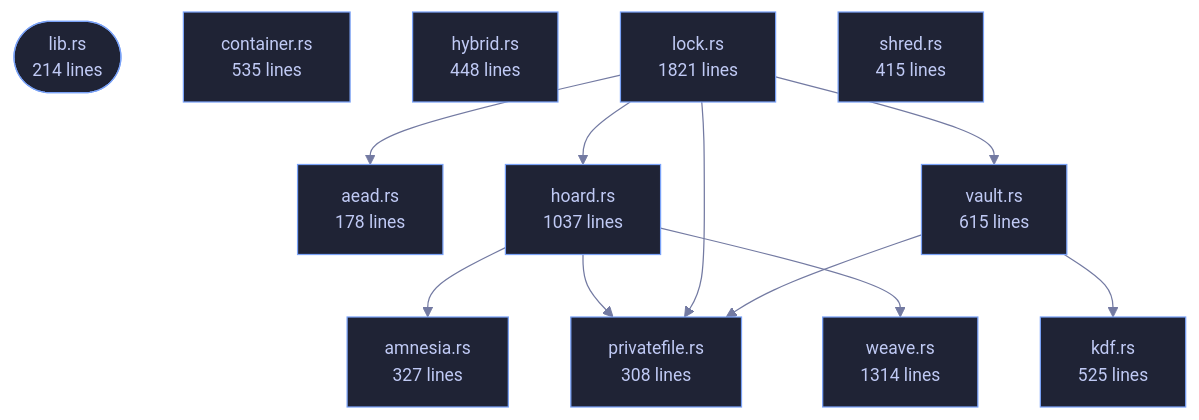
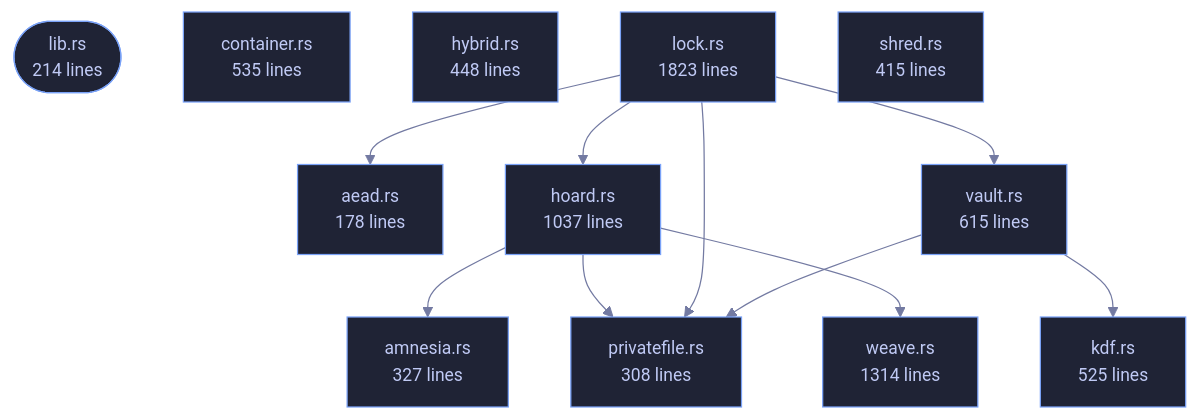
One commit to tilas01/veilvoice changed the diagram in crates/veilvoice-crypto/README.md. Above: the diagram before and after it, drawn with Mermaid. The commit also changed other lines of this file and 98 other files, not shown here.

````diff
--- a/crates/veilvoice-crypto/README.md
+++ b/crates/veilvoice-crypto/README.md
@@ -108,37 +108,37 @@
 ```mermaid
 %%{init: {"theme":"base","themeVariables":{"background":"#1a1b26","primaryColor":"#1f2335","primaryTextColor":"#c0caf5","primaryBorderColor":"#7aa2f7","secondaryColor":"#16161e","tertiaryColor":"#16161e","lineColor":"#737aa2","textColor":"#c0caf5","mainBkg":"#1f2335","nodeBorder":"#7aa2f7","clusterBkg":"#16161e","clusterBorder":"#2f3549","fontFamily":"ui-monospace, SFMono-Regular, Consolas, monospace","fontSize":"14px"}}}%%
 flowchart TD
     n_lib(["lib.rs<br/>214 lines"])
     n_aead["aead.rs<br/>178 lines"]
     n_amnesia["amnesia.rs<br/>327 lines"]
     n_container["container.rs<br/>535 lines"]
     n_hoard["hoard.rs<br/>1037 lines"]
     n_hybrid["hybrid.rs<br/>448 lines"]
     n_kdf["kdf.rs<br/>525 lines"]
-    n_lock["lock.rs<br/>1821 lines"]
+    n_lock["lock.rs<br/>1823 lines"]
     n_privatefile["privatefile.rs<br/>308 lines"]
     n_shred["shred.rs<br/>415 lines"]
     n_vault["vault.rs<br/>615 lines"]
     n_weave["weave.rs<br/>1314 lines"]
     n_hoard --> n_amnesia
     n_hoard --> n_privatefile
     n_hoard --> n_weave
     n_lock --> n_aead
     n_lock --> n_hoard
     n_lock --> n_privatefile
     n_lock --> n_vault
     n_vault --> n_kdf
     n_vault --> n_privatefile
     click n_lib href "https://github.com/tilas01/veilvoice/blob/main/crates/veilvoice-crypto/src/lib.rs" "open the source"
     click n_aead href "https://github.com/tilas01/veilvoice/blob/main/crates/veilvoice-crypto/src/aead.rs" "open the source"
     click n_amnesia href "https://github.com/tilas01/veilvoice/blob/main/crates/veilvoice-crypto/src/amnesia.rs" "open the source"
     click n_container href "https://github.com/tilas01/veilvoice/blob/main/crates/veilvoice-crypto/src/container.rs" "open the source"
     click n_hoard href "https://github.com/tilas01/veilvoice/blob/main/crates/veilvoice-crypto/src/hoard.rs" "open the source"
     click n_hybrid href "https://github.com/tilas01/veilvoice/blob/main/crates/veilvoice-crypto/src/hybrid.rs" "open the source"
     click n_kdf href "https://github.com/tilas01/veilvoice/blob/main/crates/veilvoice-crypto/src/kdf.rs" "open the source"
     click n_lock href "https://github.com/tilas01/veilvoice/blob/main/crates/veilvoice-crypto/src/lock.rs" "open the source"
     click n_privatefile href "https://github.com/tilas01/veilvoice/blob/main/crates/veilvoice-crypto/src/privatefile.rs" "open the source"
     click n_shred href "https://github.com/tilas01/veilvoice/blob/main/crates/veilvoice-crypto/src/shred.rs" "open the source"
     click n_vault href "https://github.com/tilas01/veilvoice/blob/main/crates/veilvoice-crypto/src/vault.rs" "open the source"
     click n_weave href "https://github.com/tilas01/veilvoice/blob/main/crates/veilvoice-crypto/src/weave.rs" "open the source"
 ```
````
